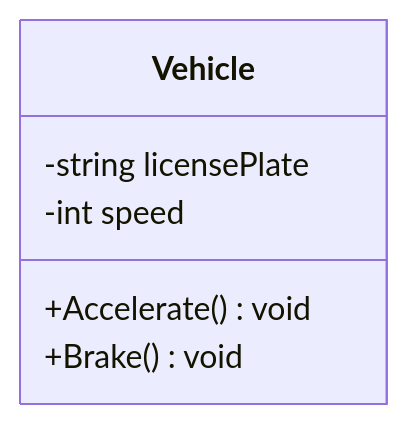
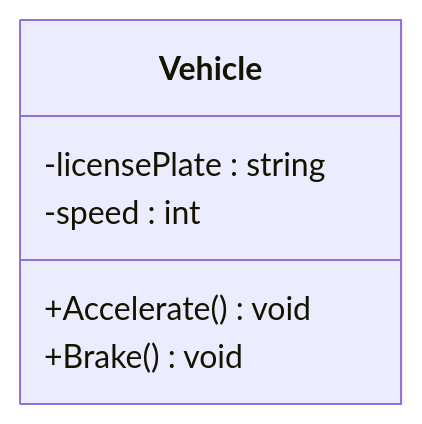
One commit to tushardongre1990/LLD-Claude changed the first of 6 diagrams in 00-Foundations/01-OOP-Basics/notes.md. Above: the diagram before and after it, drawn with Mermaid. The commit also changed other lines of this file and 19 other files, not shown here.

First line of the commit message:
docs(00-Foundations): fix mermaid attribute ordering to name : type

````diff
--- a/00-Foundations/01-OOP-Basics/notes.md
+++ b/00-Foundations/01-OOP-Basics/notes.md
@@ -38,9 +38,9 @@
 ```mermaid
 classDiagram
     class Vehicle {
-        -string licensePlate
-        -int speed
+        -licensePlate : string
+        -speed : int
         +Accelerate() void
         +Brake() void
     }
 ```
````
